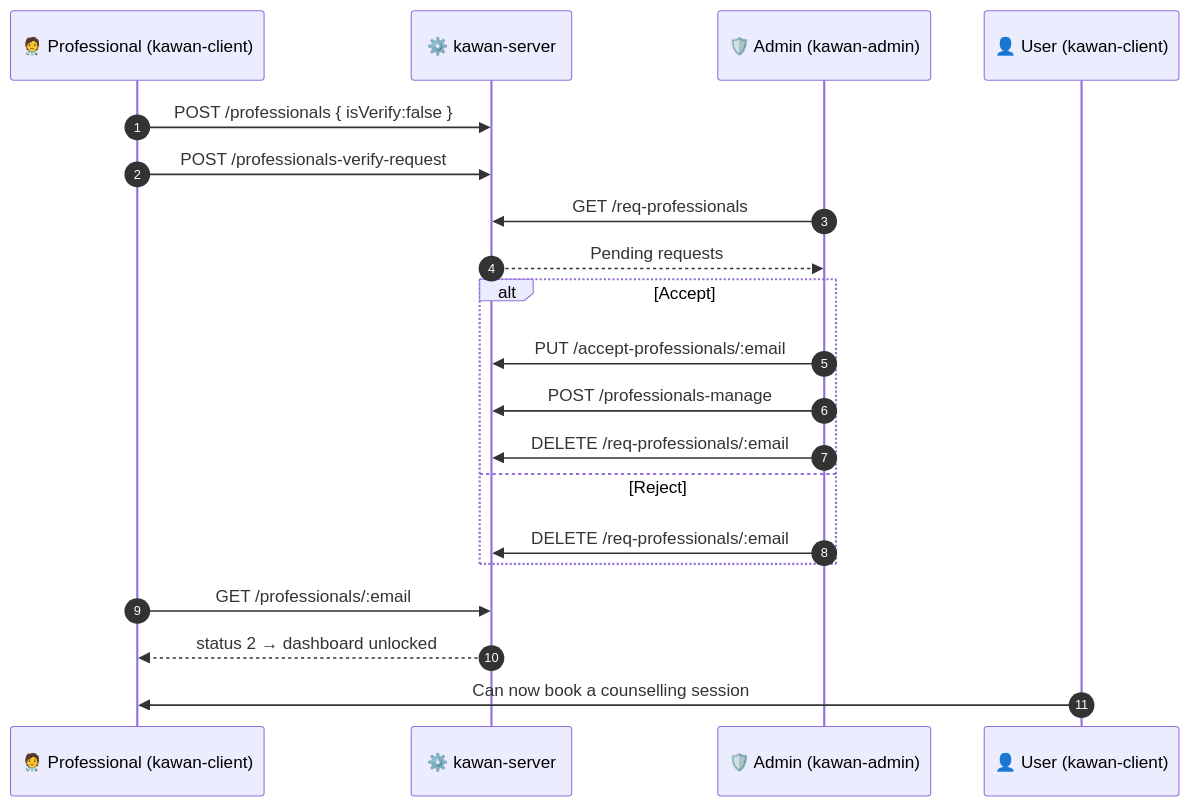
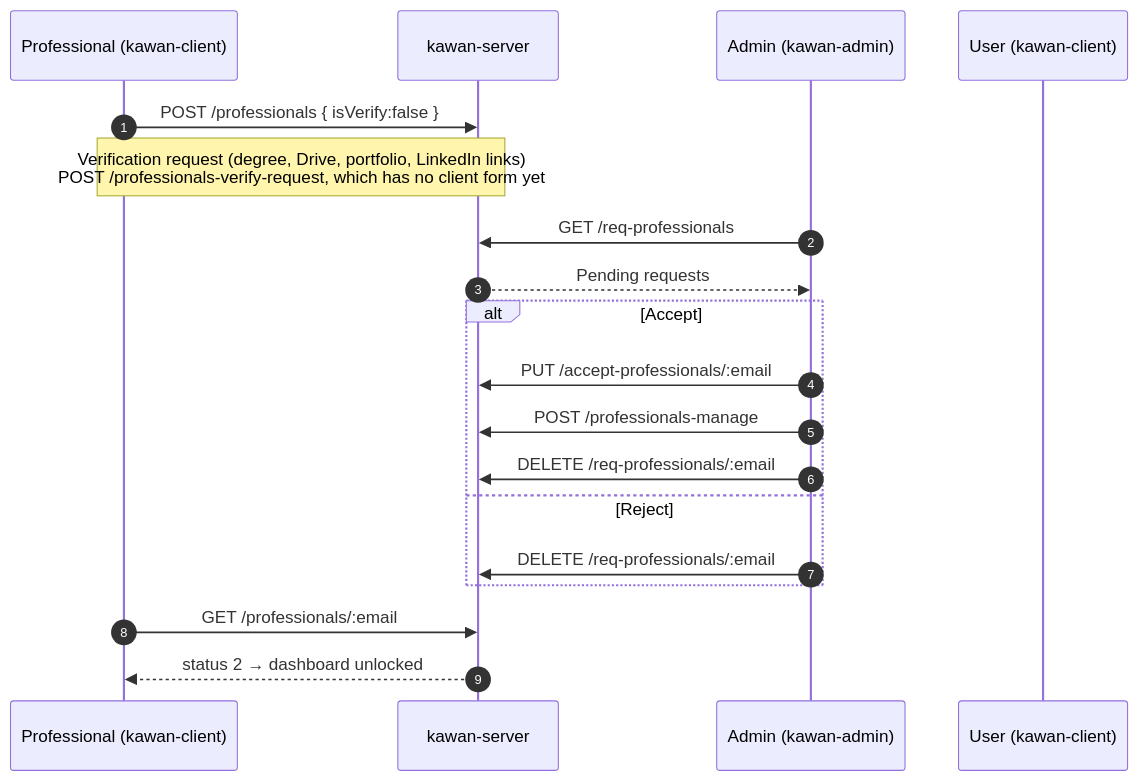
Before and after one commit to mahfuzhasanreza/kawan-admin: the third of 5 diagrams in README.md, drawn with Mermaid. The commit also changed other lines of this file and 2 other files, not shown here.

````diff
--- a/README.md
+++ b/README.md
@@ -130,23 +139,22 @@
 ```mermaid
 sequenceDiagram
     autonumber
-    participant P as 🧑‍⚕️ Professional (kawan-client)
-    participant S as ⚙️ kawan-server
-    participant A as 🛡️ Admin (kawan-admin)
-    participant U as 👤 User (kawan-client)
+    participant P as Professional (kawan-client)
+    participant S as kawan-server
+    participant A as Admin (kawan-admin)
+    participant U as User (kawan-client)
 
     P->>S: POST /professionals { isVerify:false }
-    P->>S: POST /professionals-verify-request
+    Note over P,S: Verification request (degree, Drive, portfolio, LinkedIn links)<br/>POST /professionals-verify-request, which has no client form yet
     A->>S: GET /req-professionals
     S-->>A: Pending requests
     alt Accept
         A->>S: PUT /accept-professionals/:email
         A->>S: POST /professionals-manage
         A->>S: DELETE /req-professionals/:email
     else Reject
         A->>S: DELETE /req-professionals/:email
     end
     P->>S: GET /professionals/:email
     S-->>P: status 2 → dashboard unlocked
-    U->>P: Can now book a counselling session
 ```
````
